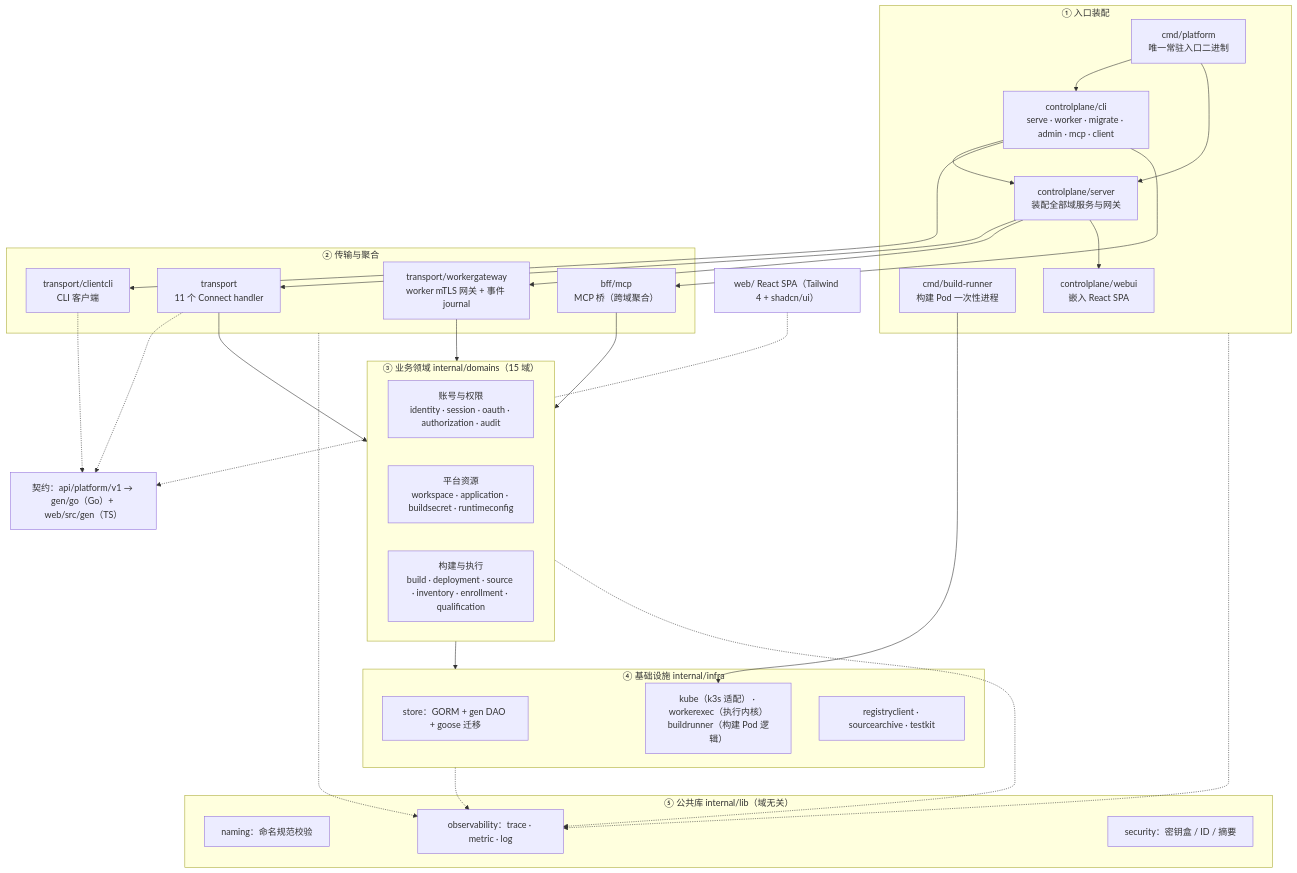
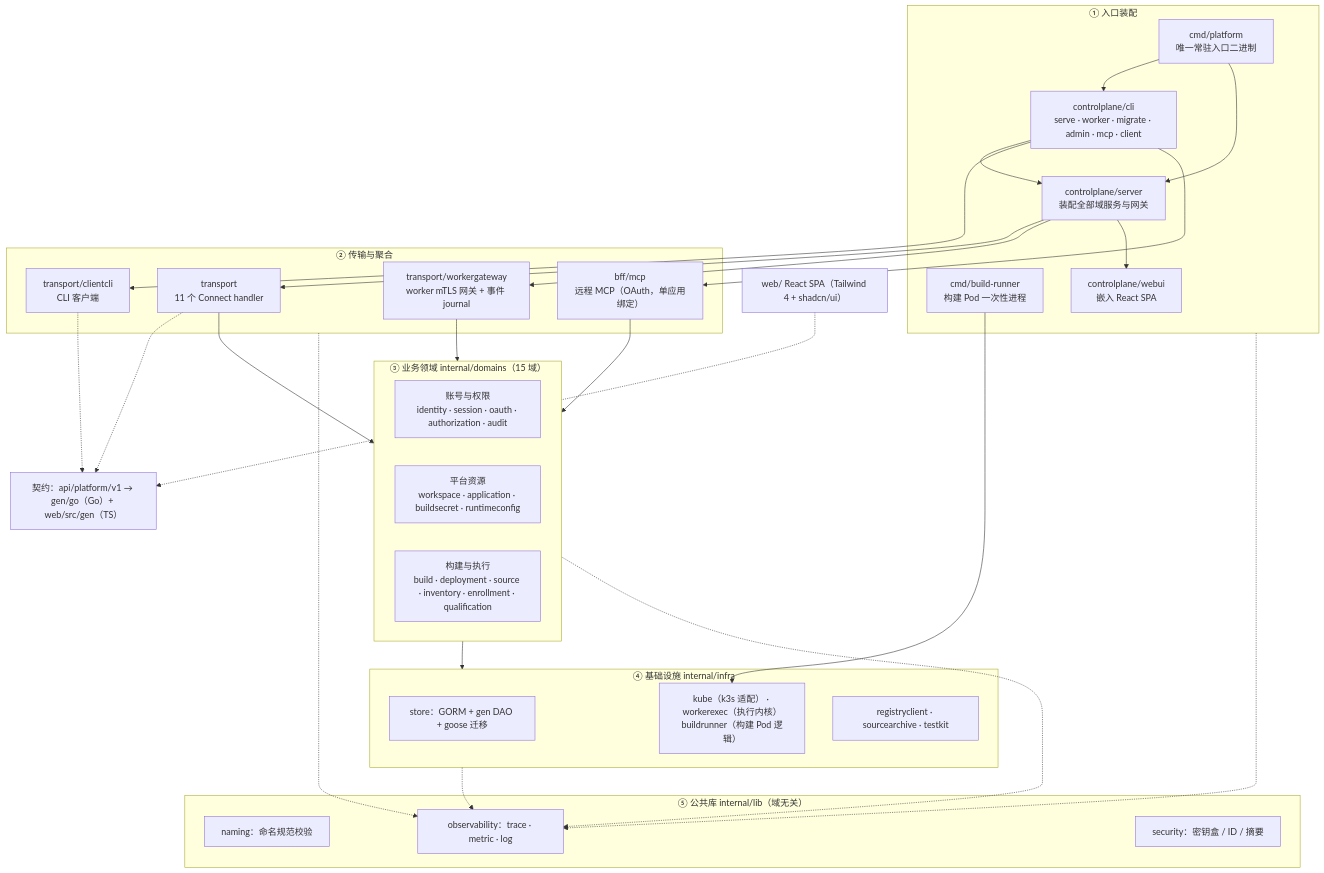
Before and after one commit to sunshanpeng/yummy: the second of 2 diagrams in docs/architecture.md, drawn with Mermaid. The commit also changed other lines of this file and 7 other files, not shown here.

````diff
--- a/docs/architecture.md
+++ b/docs/architecture.md
@@ -74,59 +74,59 @@
 ```mermaid
 flowchart TB
     subgraph entry["① 入口装配"]
         cmdp["cmd/platform<br/>唯一常驻入口二进制"]
         cmdr["cmd/build-runner<br/>构建 Pod 一次性进程"]
         cpcli["controlplane/cli<br/>serve · worker · migrate · admin · mcp · client"]
         cpsrv["controlplane/server<br/>装配全部域服务与网关"]
         webui["controlplane/webui<br/>嵌入 React SPA"]
     end
 
     subgraph edge["② 传输与聚合"]
         tr["transport<br/>11 个 Connect handler"]
         wg["transport/workergateway<br/>worker mTLS 网关 + 事件 journal"]
         ccli["transport/clientcli<br/>CLI 客户端"]
-        mcp["bff/mcp<br/>MCP 桥（跨域聚合）"]
+        mcp["bff/mcp<br/>远程 MCP（OAuth，单应用绑定）"]
     end
 
     subgraph domains["③ 业务领域 internal/domains（15 域）"]
         d1["账号与权限<br/>identity · session · oauth · authorization · audit"]
         d2["平台资源<br/>workspace · application · buildsecret · runtimeconfig"]
         d3["构建与执行<br/>build · deployment · source · inventory · enrollment · qualification"]
     end
 
     subgraph infra["④ 基础设施 internal/infra"]
         i1["store：GORM + gen DAO + goose 迁移"]
         i2["kube（k3s 适配） · workerexec（执行内核）<br/>buildrunner（构建 Pod 逻辑）"]
         i3["registryclient · sourcearchive · testkit"]
     end
 
     subgraph common["⑤ 公共库 internal/lib（域无关）"]
         cm1["naming：命名规范校验"]
         cm2["observability：trace · metric · log"]
         cm3["security：密钥盒 / ID / 摘要"]
     end
 
     contract["契约：api/platform/v1 → gen/go（Go）+ web/src/gen（TS）"]
     webapp["web/ React SPA（Tailwind 4 + shadcn/ui）"]
 
     cmdp --> cpcli
     cmdp --> cpsrv
     cmdr --> i2
     cpcli --> cpsrv
     cpcli --> ccli
     cpcli --> mcp
     cpsrv --> tr
     cpsrv --> wg
     cpsrv --> webui
     tr --> domains
     mcp --> domains
     wg --> domains
     domains --> infra
     tr -.-> contract
     ccli -.-> contract
     webapp -.-> contract
     entry -.-> cm2
     edge -.-> cm2
     domains -.-> cm2
     infra -.-> cm2
 ```
````
